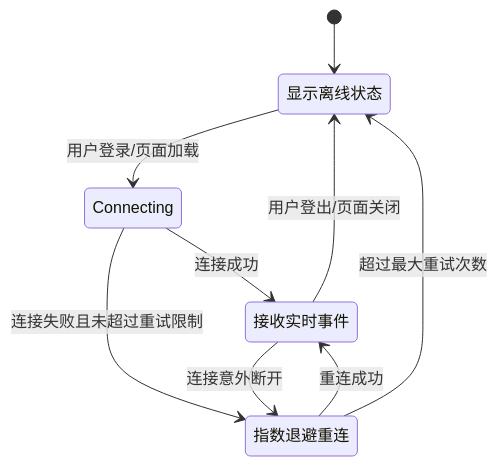
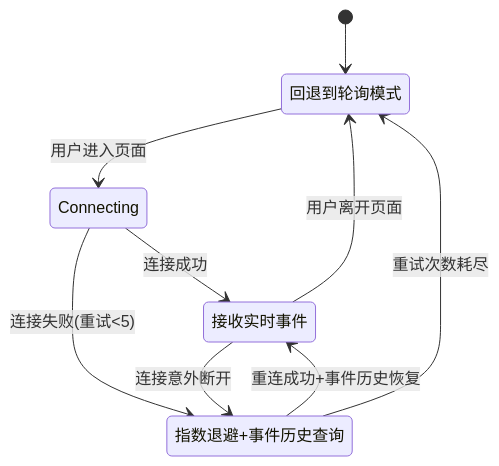
Before and after one commit to zhiyue/infinite-scribe: the third of 5 diagrams in .tasks/implement-sse-2/design.md, drawn with Mermaid. The commit also changed other lines of this file and 3 other files, not shown here.

````diff
--- a/.tasks/implement-sse-2/design.md
+++ b/.tasks/implement-sse-2/design.md
@@ -427,15 +846,15 @@
 ```mermaid
 stateDiagram-v2
     [*] --> Disconnected
-    Disconnected --> Connecting : 用户登录/页面加载
+    Disconnected --> Connecting : 用户进入页面
     Connecting --> Connected : 连接成功
-    Connecting --> Reconnecting : 连接失败且未超过重试限制
+    Connecting --> Reconnecting : 连接失败(重试<5)
     Connected --> Reconnecting : 连接意外断开
-    Connected --> Disconnected : 用户登出/页面关闭
-    Reconnecting --> Connected : 重连成功
-    Reconnecting --> Disconnected : 超过最大重试次数
+    Connected --> Disconnected : 用户离开页面
+    Reconnecting --> Connected : 重连成功+事件历史恢复
+    Reconnecting --> Disconnected : 重试次数耗尽
     
     Connected : 接收实时事件
-    Reconnecting : 指数退避重连
-    Disconnected : 显示离线状态
+    Reconnecting : 指数退避+事件历史查询
+    Disconnected : 回退到轮询模式
 ```
````
